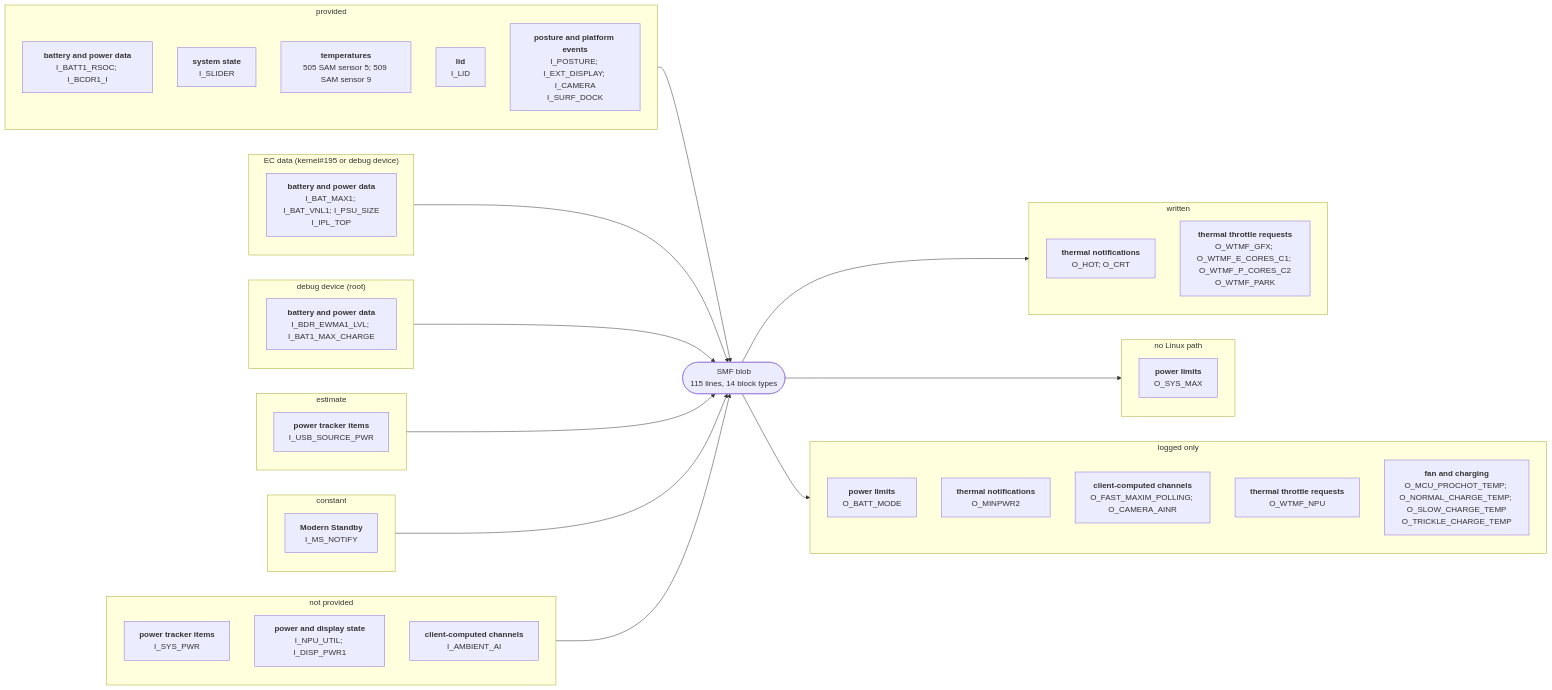
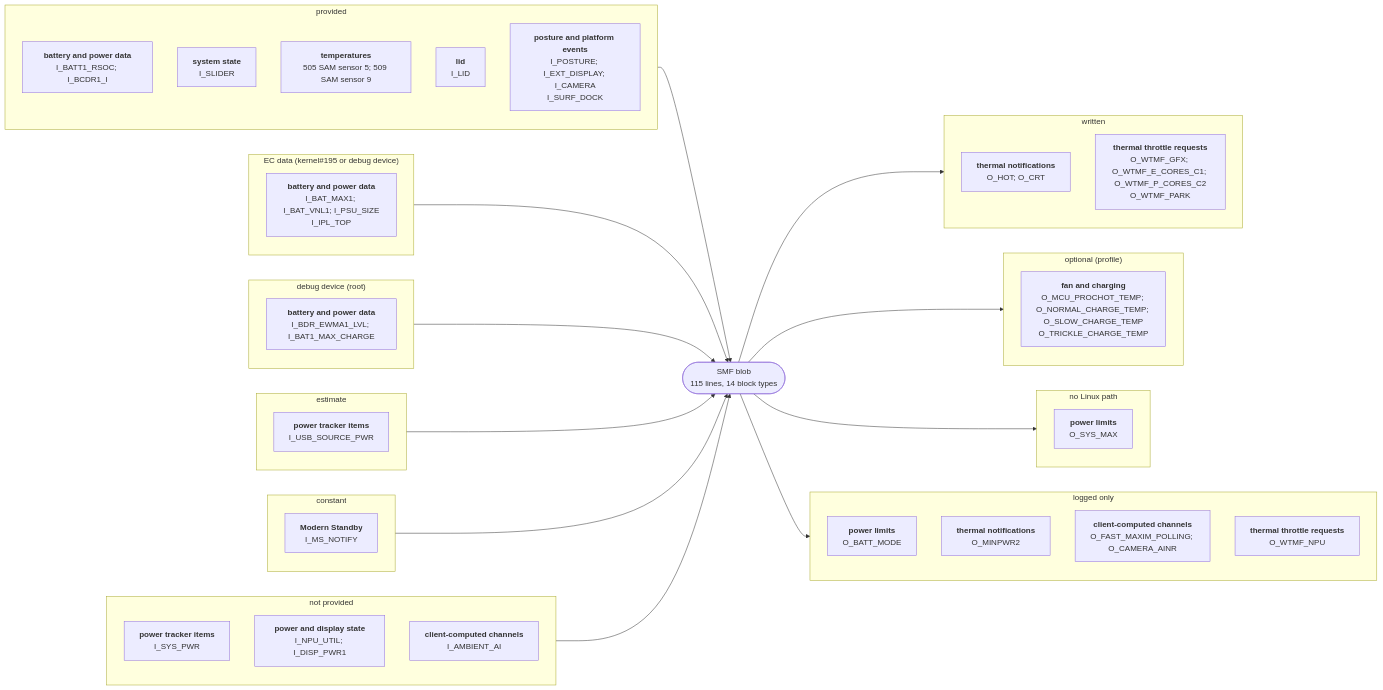
Before and after one commit to larsschellhas/linux-surface-power: the diagram in docs/devices/surface-pro-12-1st-edition.md, drawn with Mermaid. The commit also changed other lines of this file and 30 other files, not shown here.

````diff
--- a/docs/devices/surface-pro-12-1st-edition.md
+++ b/docs/devices/surface-pro-12-1st-edition.md
@@ -19,51 +19,54 @@
 ```mermaid
 flowchart LR
     subgraph IN0["provided"]
         I0_28B7BD85["<b>battery and power data</b><br/>I_BATT1_RSOC; I_BCDR1_I"]
         I0_2DD6960F["<b>system state</b><br/>I_SLIDER"]
         I0_2E8B14C2["<b>temperatures</b><br/>505 SAM sensor 5; 509 SAM sensor 9"]
         I0_5D0EE597["<b>lid</b><br/>I_LID"]
         I0_8060B17F["<b>posture and platform events</b><br/>I_POSTURE; I_EXT_DISPLAY; I_CAMERA<br/>I_SURF_DOCK"]
     end
     IN0 --> B
     subgraph IN1["EC data (kernel#195 or debug device)"]
         I1_28B7BD85["<b>battery and power data</b><br/>I_BAT_MAX1; I_BAT_VNL1; I_PSU_SIZE<br/>I_IPL_TOP"]
     end
     IN1 --> B
     subgraph IN2["debug device (root)"]
         I2_28B7BD85["<b>battery and power data</b><br/>I_BDR_EWMA1_LVL; I_BAT1_MAX_CHARGE"]
     end
     IN2 --> B
     subgraph IN3["estimate"]
         I3_049E36F2["<b>power tracker items</b><br/>I_USB_SOURCE_PWR"]
     end
     IN3 --> B
     subgraph IN4["constant"]
         I4_DEF1AB69["<b>Modern Standby</b><br/>I_MS_NOTIFY"]
     end
     IN4 --> B
     subgraph IN5["not provided"]
         I5_049E36F2["<b>power tracker items</b><br/>I_SYS_PWR"]
         I5_1FB53D4C["<b>power and display state</b><br/>I_NPU_UTIL; I_DISP_PWR1"]
         I5_87008365["<b>client-computed channels</b><br/>I_AMBIENT_AI"]
     end
     IN5 --> B
     B(["SMF blob<br/>115 lines, 14 block types"])
     subgraph OUT0["written"]
         O0_110DF2A4["<b>thermal notifications</b><br/>O_HOT; O_CRT"]
         O0_9BBB8910["<b>thermal throttle requests</b><br/>O_WTMF_GFX; O_WTMF_E_CORES_C1; O_WTMF_P_CORES_C2<br/>O_WTMF_PARK"]
     end
     B --> OUT0
-    subgraph OUT1["no Linux path"]
-        O1_0B7B5350["<b>power limits</b><br/>O_SYS_MAX"]
+    subgraph OUT1["optional (profile)"]
+        O1_B620798F["<b>fan and charging</b><br/>O_MCU_PROCHOT_TEMP; O_NORMAL_CHARGE_TEMP; O_SLOW_CHARGE_TEMP<br/>O_TRICKLE_CHARGE_TEMP"]
     end
     B --> OUT1
-    subgraph OUT2["logged only"]
-        O2_0B7B5350["<b>power limits</b><br/>O_BATT_MODE"]
-        O2_110DF2A4["<b>thermal notifications</b><br/>O_MINPWR2"]
-        O2_87008365["<b>client-computed channels</b><br/>O_FAST_MAXIM_POLLING; O_CAMERA_AINR"]
-        O2_9BBB8910["<b>thermal throttle requests</b><br/>O_WTMF_NPU"]
-        O2_B620798F["<b>fan and charging</b><br/>O_MCU_PROCHOT_TEMP; O_NORMAL_CHARGE_TEMP; O_SLOW_CHARGE_TEMP<br/>O_TRICKLE_CHARGE_TEMP"]
+    subgraph OUT2["no Linux path"]
+        O2_0B7B5350["<b>power limits</b><br/>O_SYS_MAX"]
     end
     B --> OUT2
+    subgraph OUT3["logged only"]
+        O3_0B7B5350["<b>power limits</b><br/>O_BATT_MODE"]
+        O3_110DF2A4["<b>thermal notifications</b><br/>O_MINPWR2"]
+        O3_87008365["<b>client-computed channels</b><br/>O_FAST_MAXIM_POLLING; O_CAMERA_AINR"]
+        O3_9BBB8910["<b>thermal throttle requests</b><br/>O_WTMF_NPU"]
+    end
+    B --> OUT3
 ```
````
